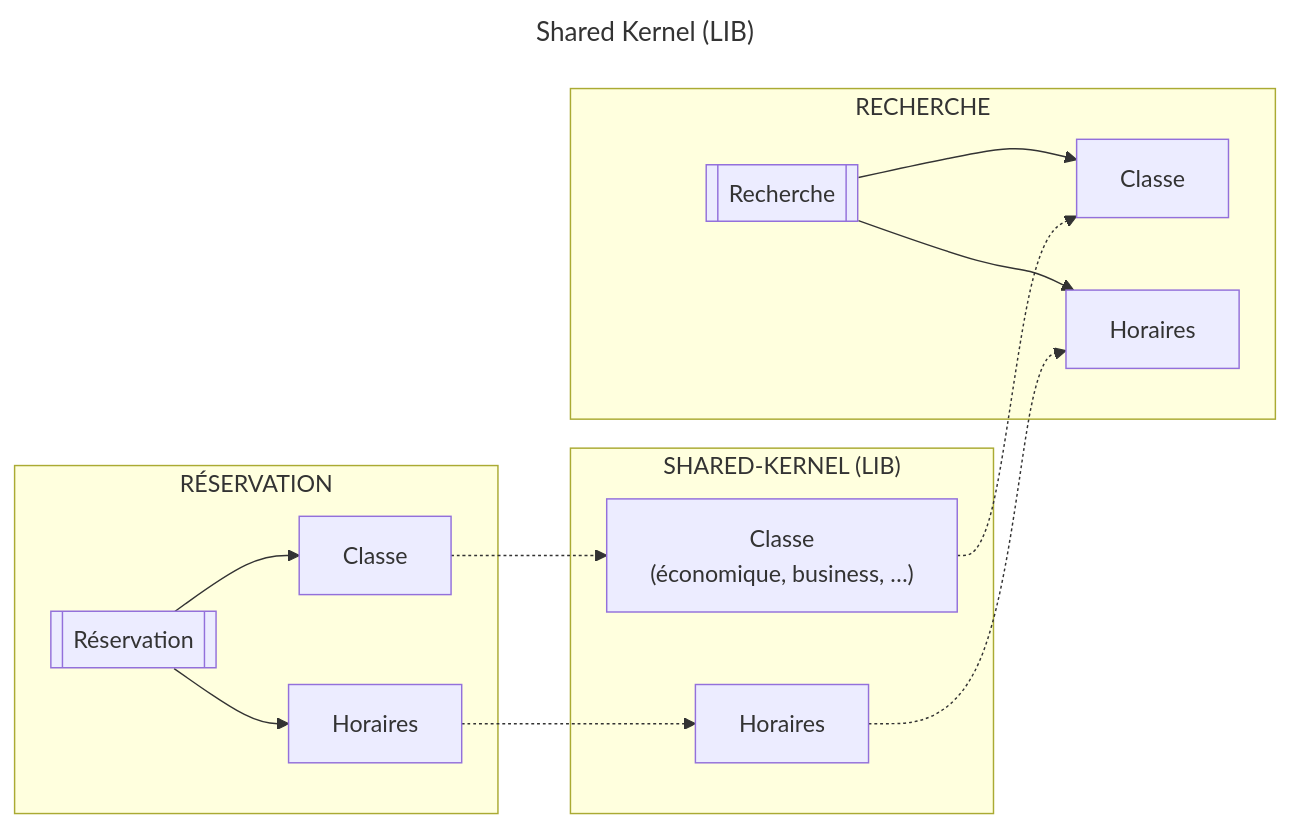
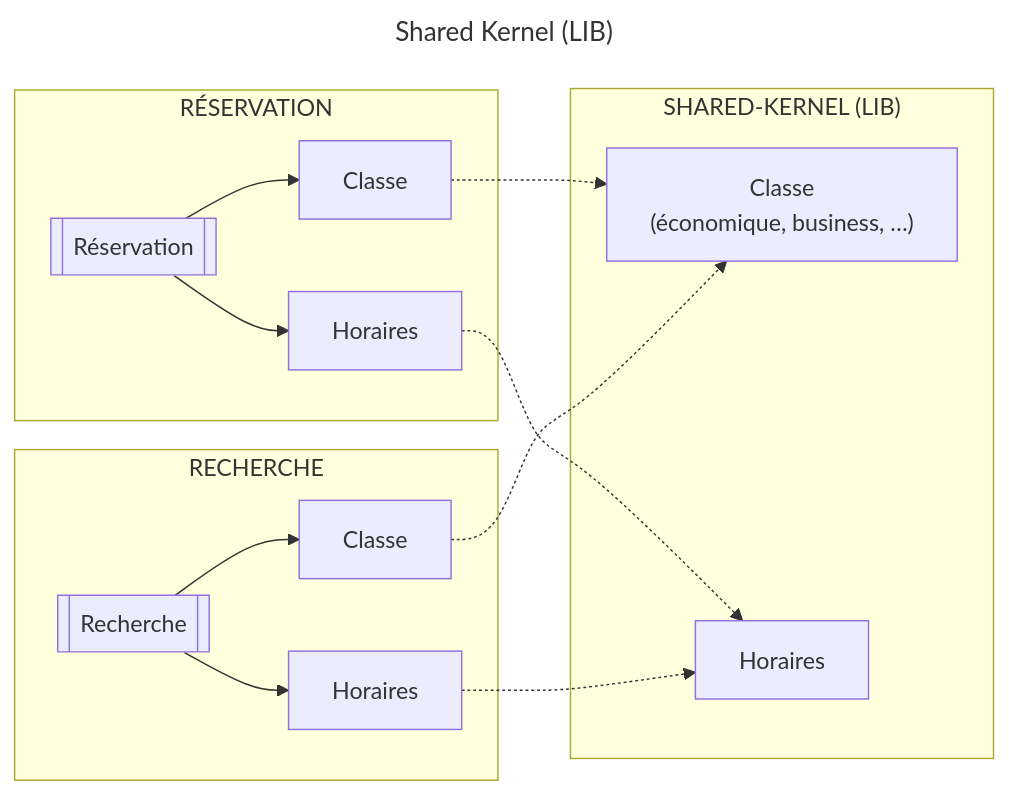
One commit to tavenel/website changed diagram 11 of 21 in src/courses/ddd/cours-ddd.md. Above: the diagram before and after it, drawn with Mermaid. The commit also changed other lines of this file, not shown here.

Commit message:
ddd: typo shared-kernel

````diff
--- a/src/courses/ddd/cours-ddd.md
+++ b/src/courses/ddd/cours-ddd.md
@@ -713,29 +713,29 @@
 ```mermaid
 ---
 title: Shared Kernel (LIB)
 ---
 flowchart LR
  subgraph s1["RÉSERVATION"]
         booking[["Réservation"]]
         comfort_class["Classe"]
         schedule["Horaires"]
   end
  subgraph subGraph1["SHARED-KERNEL (LIB)"]
         shared_comfort_class["Classe<br>(économique, business, …)"]
         shared_schedule["Horaires"]
   end
  subgraph RECHERCHE["RECHERCHE"]
         search[["Recherche"]]
         search_comfort_class["Classe"]
         search_schedule["Horaires"]
   end
     booking --> comfort_class & schedule
     comfort_class -.-> shared_comfort_class
     schedule -.-> shared_schedule
     search --> search_comfort_class & search_schedule
-    shared_comfort_class -.-> search_comfort_class
-    shared_schedule -.-> search_schedule
+    search_comfort_class -.-> shared_comfort_class
+    search_schedule -.-> shared_schedule
 
     class comfort_class,shared_comfort_class,search_comfort_class blue
     class schedule,shared_schedule,search_schedule green
 ```
````
